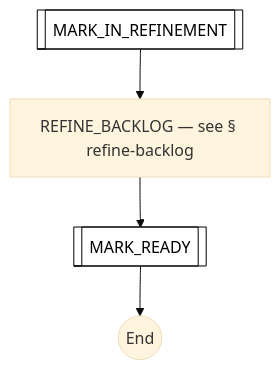
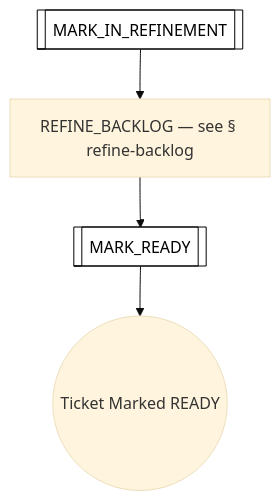
One commit to optivem/gh-optivem changed the third of 50 diagrams in docs/process-diagram.md. Above: the diagram before and after it, drawn with Mermaid (base theme). The commit also changed other lines of this file and 5 other files, not shown here.

````diff
--- a/docs/process-diagram.md
+++ b/docs/process-diagram.md
@@ -60,14 +78,14 @@
 ```mermaid
 flowchart TD
     MARK_IN_REFINEMENT[[MARK_IN_REFINEMENT]]
     MARK_READY[[MARK_READY]]
     REFINE_BACKLOG[REFINE_BACKLOG — see § refine-backlog]
-    REFINE_TICKET_END((End))
+    REFINE_TICKET_END((Ticket Marked READY))
 
     MARK_IN_REFINEMENT --> REFINE_BACKLOG
     REFINE_BACKLOG --> MARK_READY
     MARK_READY --> REFINE_TICKET_END
 
     classDef serviceNode fill:#ffffff,stroke:#000000,stroke-width:1px,color:#000000
     class MARK_IN_REFINEMENT,MARK_READY serviceNode
 ```
````
